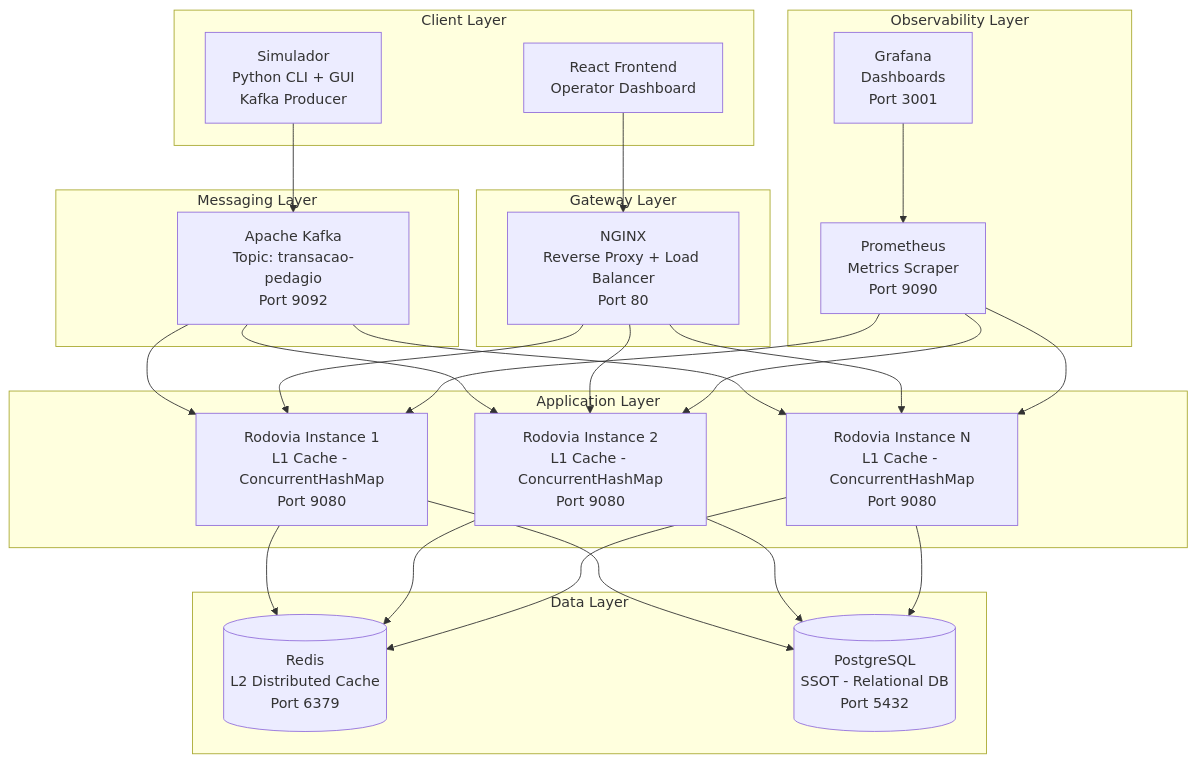
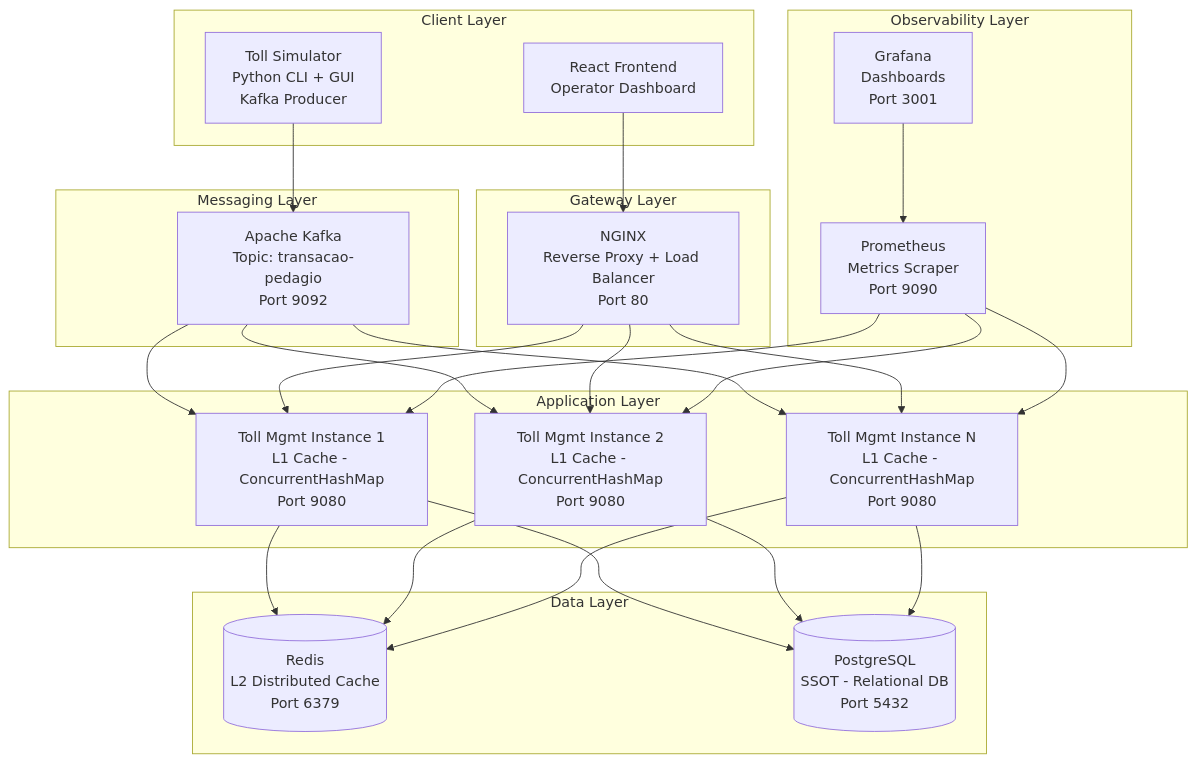
Before and after one commit to heloan/smart-toll-cache-system: the first of 7 diagrams in docs/uml-diagrams.md, drawn with Mermaid. The commit also changed other lines of this file and 149 other files, not shown here.

````diff
--- a/docs/uml-diagrams.md
+++ b/docs/uml-diagrams.md
@@ -9,50 +9,50 @@
 ```mermaid
 graph TB
     subgraph Client Layer
         FE[React Frontend<br/>Operator Dashboard]
-        SIM[Simulador<br/>Python CLI + GUI<br/>Kafka Producer]
+        SIM[Toll Simulator<br/>Python CLI + GUI<br/>Kafka Producer]
     end
 
     subgraph Gateway Layer
         NGINX[NGINX<br/>Reverse Proxy + Load Balancer<br/>Port 80]
     end
 
     subgraph Application Layer
-        SB1[Rodovia Instance 1<br/>L1 Cache - ConcurrentHashMap<br/>Port 9080]
-        SB2[Rodovia Instance 2<br/>L1 Cache - ConcurrentHashMap<br/>Port 9080]
-        SBN[Rodovia Instance N<br/>L1 Cache - ConcurrentHashMap<br/>Port 9080]
+        SB1[Toll Mgmt Instance 1<br/>L1 Cache - ConcurrentHashMap<br/>Port 9080]
+        SB2[Toll Mgmt Instance 2<br/>L1 Cache - ConcurrentHashMap<br/>Port 9080]
+        SBN[Toll Mgmt Instance N<br/>L1 Cache - ConcurrentHashMap<br/>Port 9080]
     end
 
     subgraph Messaging Layer
         KAFKA[Apache Kafka<br/>Topic: transacao-pedagio<br/>Port 9092]
     end
 
     subgraph Data Layer
         REDIS[(Redis<br/>L2 Distributed Cache<br/>Port 6379)]
         PG[(PostgreSQL<br/>SSOT - Relational DB<br/>Port 5432)]
     end
 
     subgraph Observability Layer
         PROM[Prometheus<br/>Metrics Scraper<br/>Port 9090]
         GRAF[Grafana<br/>Dashboards<br/>Port 3001]
     end
 
     FE --> NGINX
     SIM --> KAFKA
     KAFKA --> SB1
     KAFKA --> SB2
     KAFKA --> SBN
     NGINX --> SB1
     NGINX --> SB2
     NGINX --> SBN
     SB1 --> REDIS
     SB2 --> REDIS
     SBN --> REDIS
     SB1 --> PG
     SB2 --> PG
     SBN --> PG
     PROM --> SB1
     PROM --> SB2
     PROM --> SBN
     GRAF --> PROM
 ```
````
